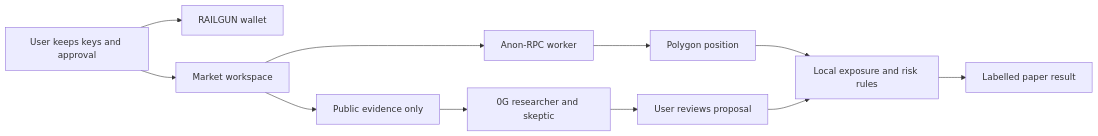
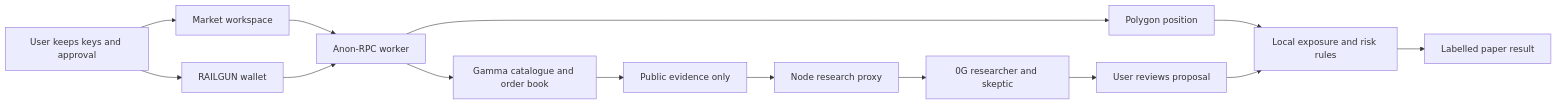
One commit to Anand-0037/0xpay changed the diagram in README.md. Above: the diagram before and after it, drawn with Mermaid. The commit also changed other lines of this file and 1 other file, not shown here.

````diff
--- a/README.md
+++ b/README.md
@@ -34,13 +36,16 @@
 ```mermaid
 flowchart LR
   User[User keeps keys and approval] --> Wallet[RAILGUN wallet]
   User --> App[Market workspace]
   App --> Route[Anon-RPC worker]
+  Wallet --> Route
   Route --> Position[Polygon position]
-  App --> Public[Public evidence only]
-  Public --> Research[0G researcher and skeptic]
+  Route --> Venue[Gamma catalogue and order book]
+  Venue --> Public[Public evidence only]
+  Public --> Proxy[Node research proxy]
+  Proxy --> Research[0G researcher and skeptic]
   Position --> Policy[Local exposure and risk rules]
   Research --> Review[User reviews proposal]
   Review --> Policy
   Policy --> Paper[Labelled paper result]
 ```
````
